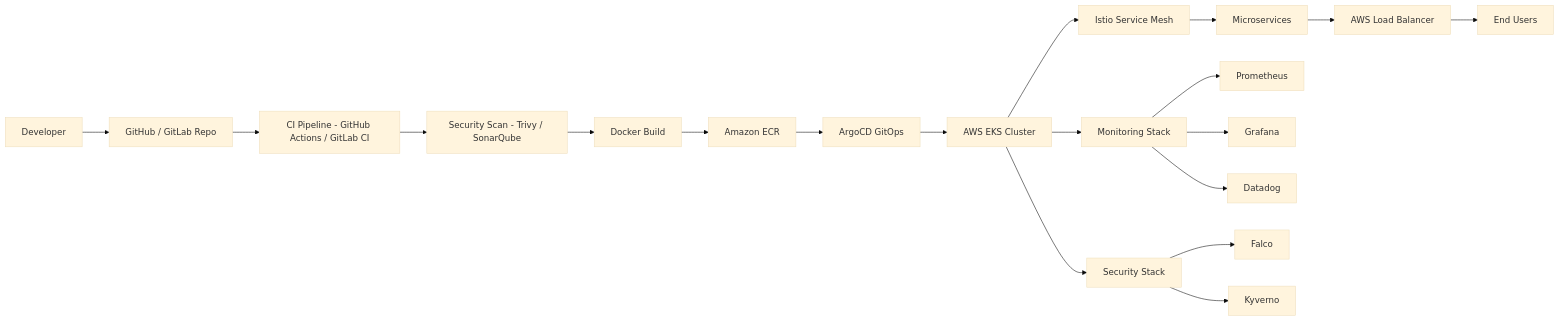
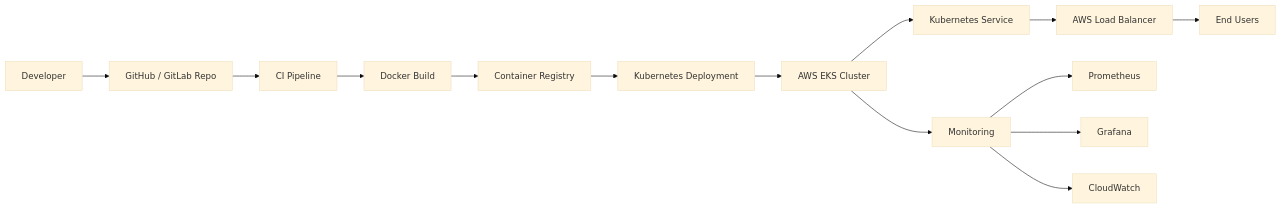
Before and after one commit to haridevops05/haridevops05: the first of 5 diagrams in README.md, drawn with Mermaid (base theme). The commit also changed other lines of this file, not shown here.

````diff
--- a/README.md
+++ b/README.md
@@ -200,21 +229,16 @@
 ```mermaid
 flowchart LR
     Dev[Developer] --> Git[GitHub / GitLab Repo]
-    Git --> CI[CI Pipeline - GitHub Actions / GitLab CI]
-    CI --> Security[Security Scan - Trivy / SonarQube]
-    Security --> Build[Docker Build]
-    Build --> Registry[Amazon ECR]
-    Registry --> ArgoCD[ArgoCD GitOps]
-    ArgoCD --> EKS[AWS EKS Cluster]
-    EKS --> Istio[Istio Service Mesh]
-    Istio --> Services[Microservices]
-    Services --> ALB[AWS Load Balancer]
+    Git --> CI[CI Pipeline]
+    CI --> Build[Docker Build]
+    Build --> Registry[Container Registry]
+    Registry --> Deploy[Kubernetes Deployment]
+    Deploy --> EKS[AWS EKS Cluster]
+    EKS --> Service[Kubernetes Service]
+    Service --> ALB[AWS Load Balancer]
     ALB --> Users[End Users]
-    EKS --> Monitor[Monitoring Stack]
+    EKS --> Monitor[Monitoring]
     Monitor --> Prometheus
     Monitor --> Grafana
-    Monitor --> Datadog
-    EKS --> Security2[Security Stack]
-    Security2 --> Falco
-    Security2 --> Kyverno
+    Monitor --> CloudWatch
 ```
````
